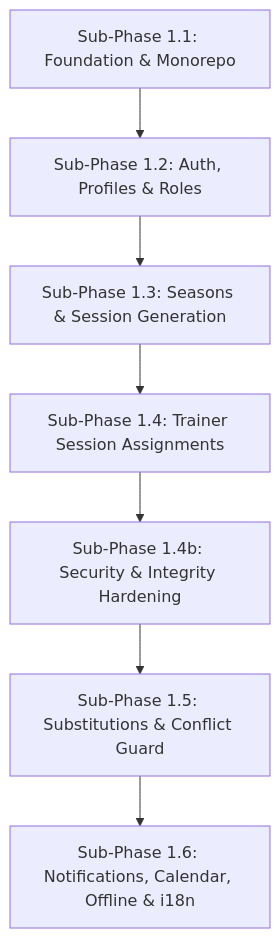
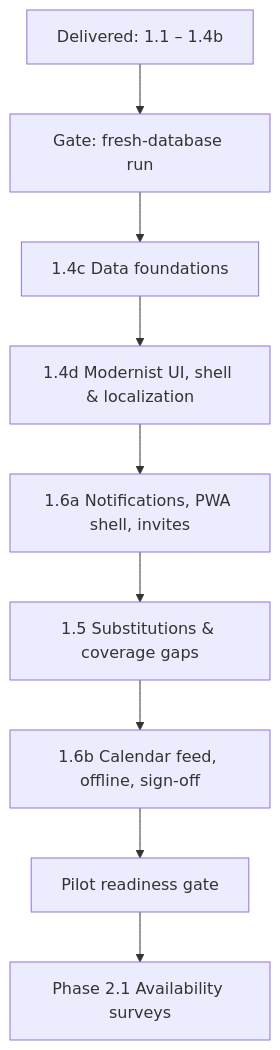
Before and after one commit to pratyuksh/pocket-coach: the diagram in pocket-coach-wiki/wiki/codebase/implementation-plan.md, drawn with Mermaid. The commit also changed other lines of this file and 15 other files, not shown here.

````diff
--- a/pocket-coach-wiki/wiki/codebase/implementation-plan.md
+++ b/pocket-coach-wiki/wiki/codebase/implementation-plan.md
@@ -29,9 +44,11 @@
 ```mermaid
 flowchart TD
-    SP1["Sub-Phase 1.1: Foundation & Monorepo"] --> SP2["Sub-Phase 1.2: Auth, Profiles & Roles"]
-    SP2 --> SP3["Sub-Phase 1.3: Seasons & Session Generation"]
-    SP3 --> SP4["Sub-Phase 1.4: Trainer Session Assignments"]
-    SP4 --> SP4B["Sub-Phase 1.4b: Security & Integrity Hardening"]
-    SP4B --> SP5["Sub-Phase 1.5: Substitutions & Conflict Guard"]
-    SP5 --> SP6["Sub-Phase 1.6: Notifications, Calendar, Offline & i18n"]
+    DONE["Delivered: 1.1 – 1.4b"] --> G["Gate: fresh-database run"]
+    G --> S14C["1.4c Data foundations"]
+    S14C --> S14D["1.4d Modernist UI, shell & localization"]
+    S14D --> S16A["1.6a Notifications, PWA shell, invites"]
+    S16A --> S15["1.5 Substitutions & coverage gaps"]
+    S15 --> S16B["1.6b Calendar feed, offline, sign-off"]
+    S16B --> PILOT["Pilot readiness gate"]
+    PILOT --> P2["Phase 2.1 Availability surveys"]
 ```
````
